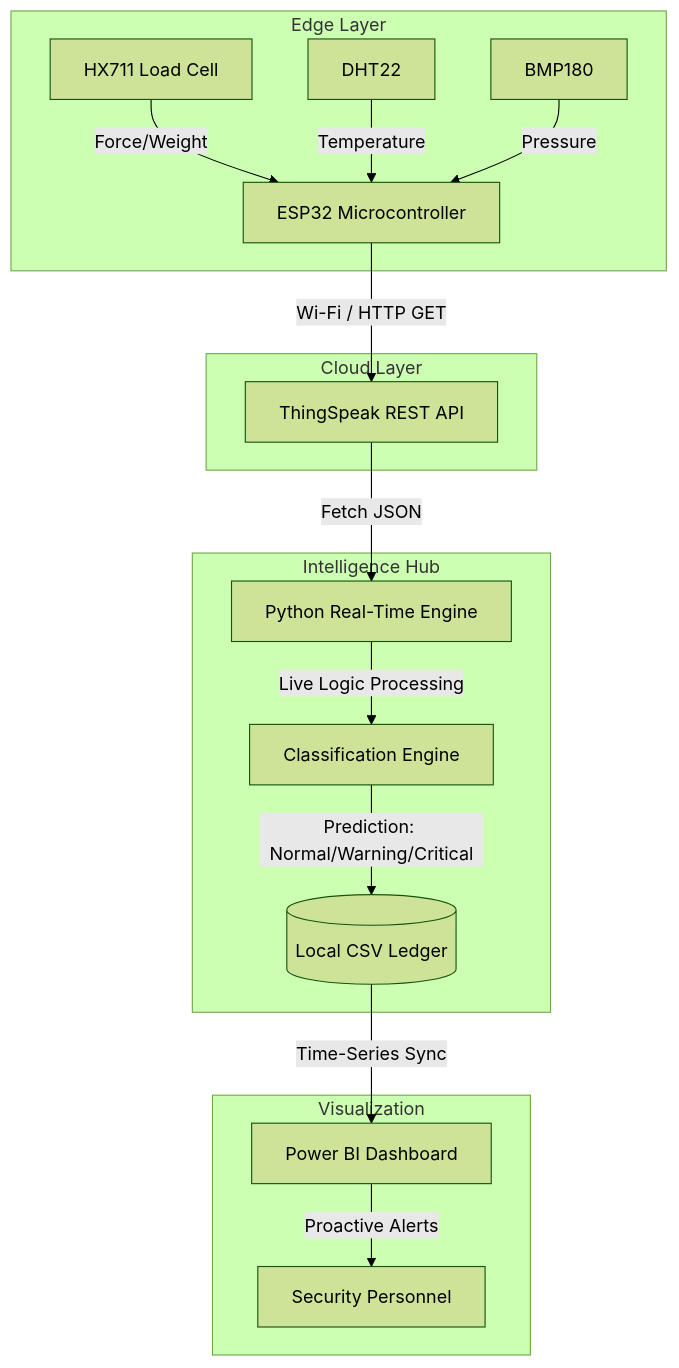
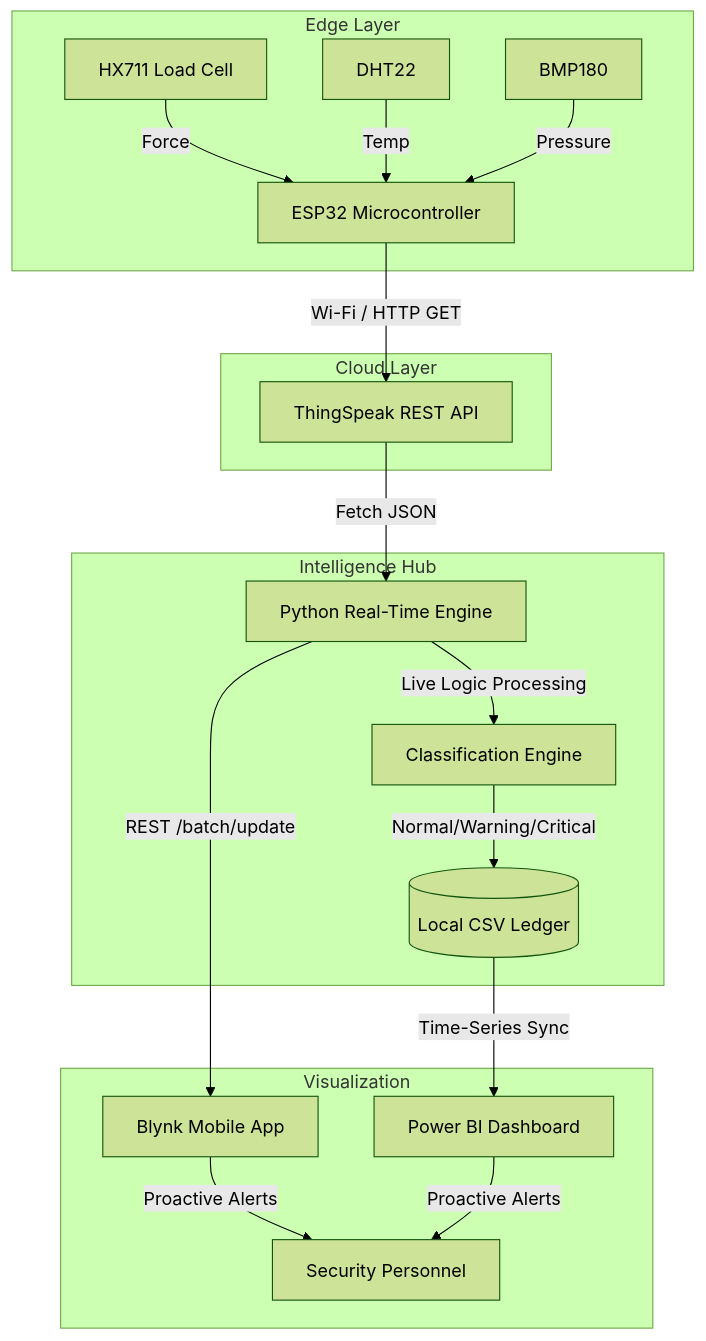
Before and after one commit to alan61503/L-T---team-2: the diagram in stressnet_project_documentation.md, drawn with Mermaid (forest theme). The commit also changed other lines of this file, not shown here.

````diff
--- a/stressnet_project_documentation.md
+++ b/stressnet_project_documentation.md
@@ -19,24 +21,26 @@
 ```mermaid
 graph TD
     subgraph Edge Layer
         A[ESP32 Microcontroller]
-        L[HX711 Load Cell] -->|Force/Weight| A
-        T[DHT22] -->|Temperature| A
+        L[HX711 Load Cell] -->|Force| A
+        T[DHT22] -->|Temp| A
         P[BMP180] -->|Pressure| A
     end
 
     subgraph Cloud Layer
         A -->|Wi-Fi / HTTP GET| B[ThingSpeak REST API]
     end
 
     subgraph Intelligence Hub
         B -->|Fetch JSON| C[Python Real-Time Engine]
         C -->|Live Logic Processing| D[Classification Engine]
-        D -->|Prediction: Normal/Warning/Critical| E[(Local CSV Ledger)]
+        D -->|Normal/Warning/Critical| E[(Local CSV Ledger)]
     end
 
     subgraph Visualization
         E -->|Time-Series Sync| F[Power BI Dashboard]
-        F -->|Proactive Alerts| G[Security Personnel]
+        C -->|REST /batch/update| H[Blynk Mobile App]
+        H -->|Proactive Alerts| G[Security Personnel]
+        F -->|Proactive Alerts| G
     end
 ```
````
